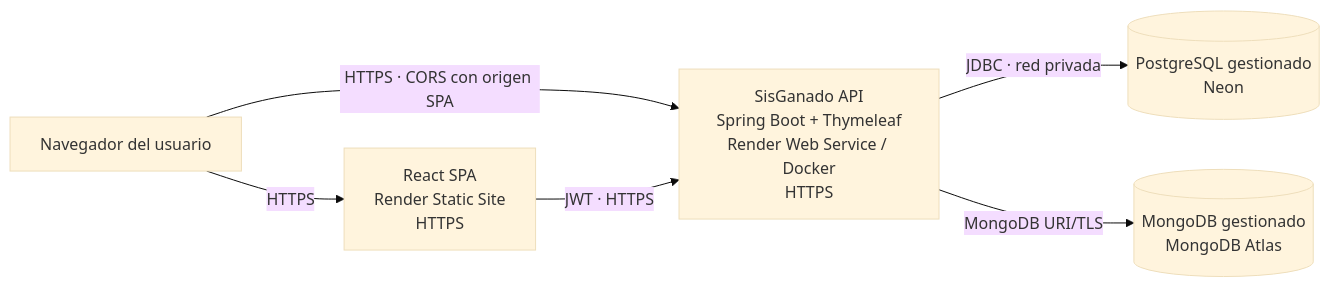
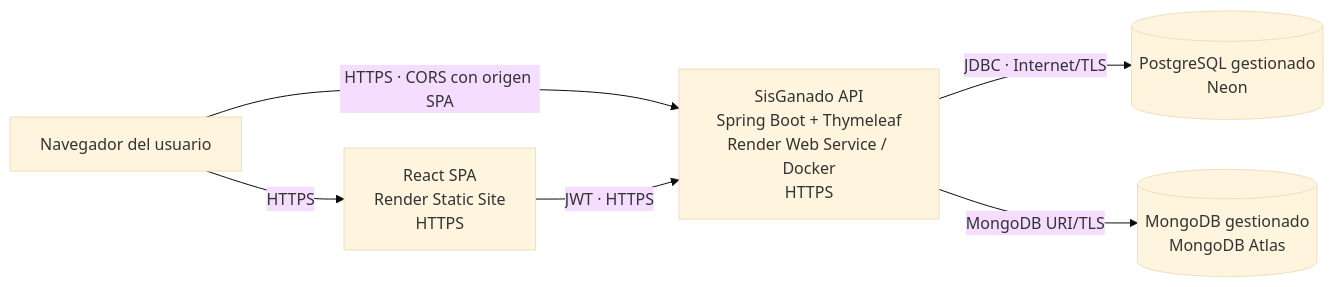
Before and after one commit to MStephVR/Lab1-Stephanie-VR: the diagram in BACKEND/docs/diagrama-despliegue.md, drawn with Mermaid (base theme). The commit also changed 9 other files, not shown here.

````diff
--- a/BACKEND/docs/diagrama-despliegue.md
+++ b/BACKEND/docs/diagrama-despliegue.md
@@ -3,14 +3,14 @@
 ```mermaid
 flowchart LR
     Browser["Navegador del usuario"]
     SPA["React SPA\nRender Static Site\nHTTPS"]
     API["SisGanado API\nSpring Boot + Thymeleaf\nRender Web Service / Docker\nHTTPS"]
     PG[("PostgreSQL gestionado\nNeon")]
     Mongo[("MongoDB gestionado\nMongoDB Atlas")]
 
     Browser -->|HTTPS| SPA
     Browser -->|HTTPS · CORS con origen SPA| API
     SPA -->|JWT · HTTPS| API
-    API -->|JDBC · red privada| PG
+    API -->|JDBC · Internet/TLS| PG
     API -->|MongoDB URI/TLS| Mongo
 ```
````
